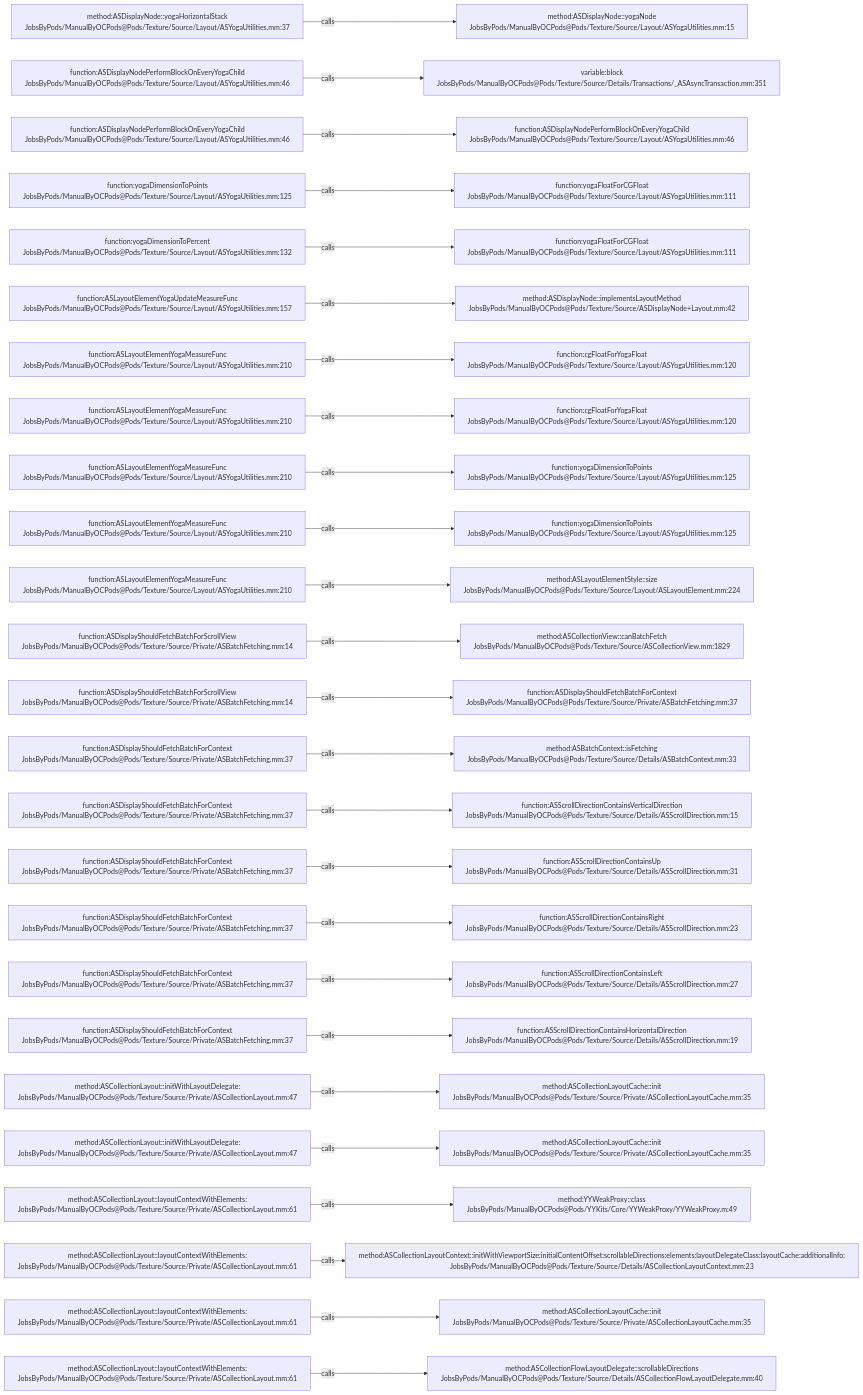
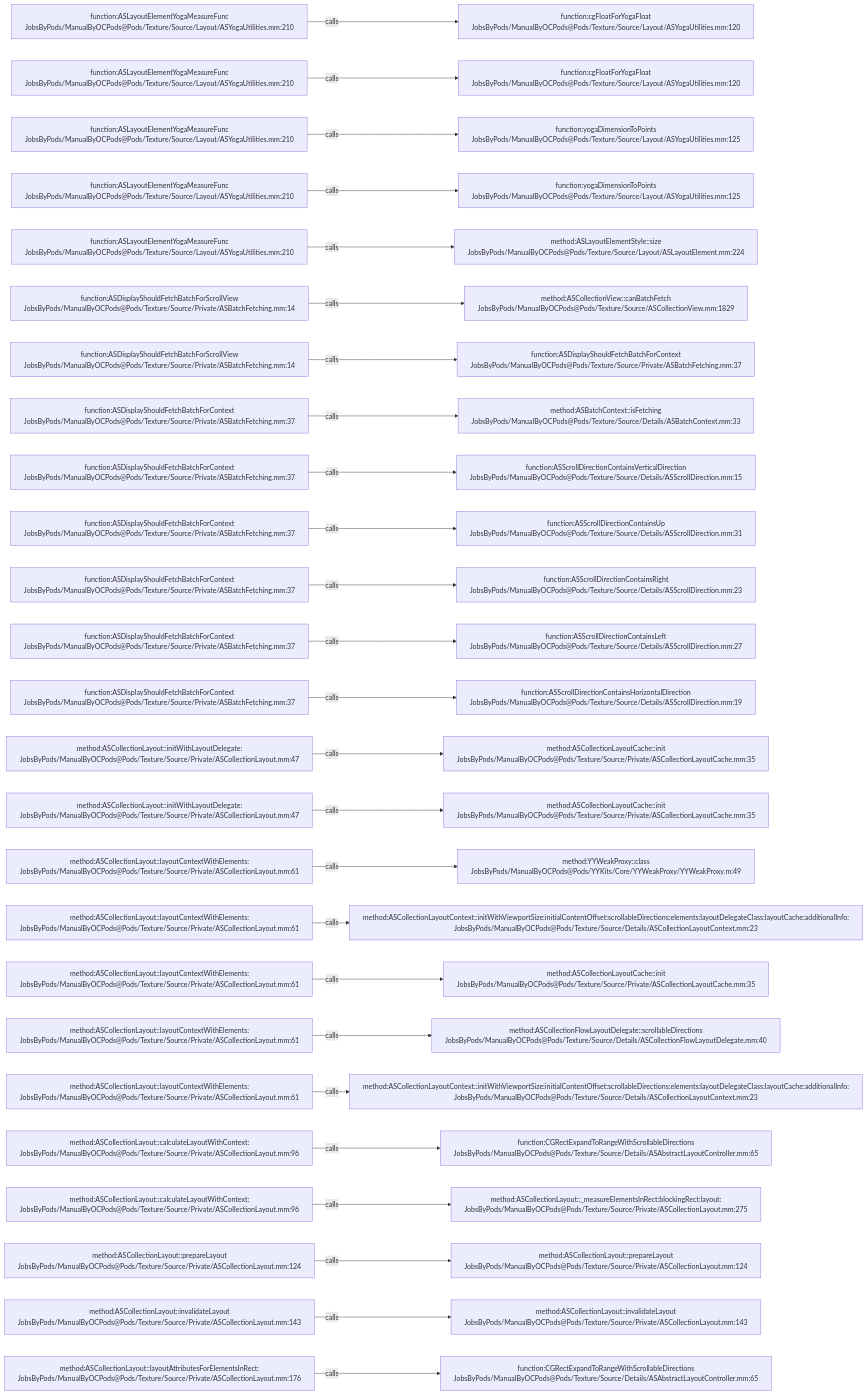
One commit to JobsKits/JobsOCBaseConfigDemo changed the diagram in .codegraph/codegraph.md/graphs/calls-176.md. Above: the diagram before and after it, drawn with Mermaid. The commit also changed 666 other files, not shown here.

````diff
--- a/.codegraph/codegraph.md/graphs/calls-176.md
+++ b/.codegraph/codegraph.md/graphs/calls-176.md
@@ -13,78 +13,78 @@
 ```mermaid
 flowchart LR
-  S1["method:ASDisplayNode::yogaHorizontalStack<br/>JobsByPods/ManualByOCPods@Pods/Texture/Source/Layout/ASYogaUtilities.mm:37"]
-  T1["method:ASDisplayNode::yogaNode<br/>JobsByPods/ManualByOCPods@Pods/Texture/Source/Layout/ASYogaUtilities.mm:15"]
+  S1["function:ASLayoutElementYogaMeasureFunc<br/>JobsByPods/ManualByOCPods@Pods/Texture/Source/Layout/ASYogaUtilities.mm:210"]
+  T1["function:cgFloatForYogaFloat<br/>JobsByPods/ManualByOCPods@Pods/Texture/Source/Layout/ASYogaUtilities.mm:120"]
   S1 -->|calls| T1
-  S2["function:ASDisplayNodePerformBlockOnEveryYogaChild<br/>JobsByPods/ManualByOCPods@Pods/Texture/Source/Layout/ASYogaUtilities.mm:46"]
-  T2["variable:block<br/>JobsByPods/ManualByOCPods@Pods/Texture/Source/Details/Transactions/_ASAsyncTransaction.mm:351"]
+  S2["function:ASLayoutElementYogaMeasureFunc<br/>JobsByPods/ManualByOCPods@Pods/Texture/Source/Layout/ASYogaUtilities.mm:210"]
+  T2["function:cgFloatForYogaFloat<br/>JobsByPods/ManualByOCPods@Pods/Texture/Source/Layout/ASYogaUtilities.mm:120"]
   S2 -->|calls| T2
-  S3["function:ASDisplayNodePerformBlockOnEveryYogaChild<br/>JobsByPods/ManualByOCPods@Pods/Texture/Source/Layout/ASYogaUtilities.mm:46"]
-  T3["function:ASDisplayNodePerformBlockOnEveryYogaChild<br/>JobsByPods/ManualByOCPods@Pods/Texture/Source/Layout/ASYogaUtilities.mm:46"]
+  S3["function:ASLayoutElementYogaMeasureFunc<br/>JobsByPods/ManualByOCPods@Pods/Texture/Source/Layout/ASYogaUtilities.mm:210"]
+  T3["function:yogaDimensionToPoints<br/>JobsByPods/ManualByOCPods@Pods/Texture/Source/Layout/ASYogaUtilities.mm:125"]
   S3 -->|calls| T3
-  S4["function:yogaDimensionToPoints<br/>JobsByPods/ManualByOCPods@Pods/Texture/Source/Layout/ASYogaUtilities.mm:125"]
-  T4["function:yogaFloatForCGFloat<br/>JobsByPods/ManualByOCPods@Pods/Texture/Source/Layout/ASYogaUtilities.mm:111"]
+  S4["function:ASLayoutElementYogaMeasureFunc<br/>JobsByPods/ManualByOCPods@Pods/Texture/Source/Layout/ASYogaUtilities.mm:210"]
+  T4["function:yogaDimensionToPoints<br/>JobsByPods/ManualByOCPods@Pods/Texture/Source/Layout/ASYogaUtilities.mm:125"]
   S4 -->|calls| T4
-  S5["function:yogaDimensionToPercent<br/>JobsByPods/ManualByOCPods@Pods/Texture/Source/Layout/ASYogaUtilities.mm:132"]
-  T5["function:yogaFloatForCGFloat<br/>JobsByPods/ManualByOCPods@Pods/Texture/Source/Layout/ASYogaUtilities.mm:111"]
+  S5["function:ASLayoutElementYogaMeasureFunc<br/>JobsByPods/ManualByOCPods@Pods/Texture/Source/Layout/ASYogaUtilities.mm:210"]
+  T5["method:ASLayoutElementStyle::size<br/>JobsByPods/ManualByOCPods@Pods/Texture/Source/Layout/ASLayoutElement.mm:224"]
   S5 -->|calls| T5
-  S6["function:ASLayoutElementYogaUpdateMeasureFunc<br/>JobsByPods/ManualByOCPods@Pods/Texture/Source/Layout/ASYogaUtilities.mm:157"]
-  T6["method:ASDisplayNode::implementsLayoutMethod<br/>JobsByPods/ManualByOCPods@Pods/Texture/Source/ASDisplayNode+Layout.mm:42"]
+  S6["function:ASDisplayShouldFetchBatchForScrollView<br/>JobsByPods/ManualByOCPods@Pods/Texture/Source/Private/ASBatchFetching.mm:14"]
+  T6["method:ASCollectionView::canBatchFetch<br/>JobsByPods/ManualByOCPods@Pods/Texture/Source/ASCollectionView.mm:1829"]
   S6 -->|calls| T6
-  S7["function:ASLayoutElementYogaMeasureFunc<br/>JobsByPods/ManualByOCPods@Pods/Texture/Source/Layout/ASYogaUtilities.mm:210"]
-  T7["function:cgFloatForYogaFloat<br/>JobsByPods/ManualByOCPods@Pods/Texture/Source/Layout/ASYogaUtilities.mm:120"]
+  S7["function:ASDisplayShouldFetchBatchForScrollView<br/>JobsByPods/ManualByOCPods@Pods/Texture/Source/Private/ASBatchFetching.mm:14"]
+  T7["function:ASDisplayShouldFetchBatchForContext<br/>JobsByPods/ManualByOCPods@Pods/Texture/Source/Private/ASBatchFetching.mm:37"]
   S7 -->|calls| T7
-  S8["function:ASLayoutElementYogaMeasureFunc<br/>JobsByPods/ManualByOCPods@Pods/Texture/Source/Layout/ASYogaUtilities.mm:210"]
-  T8["function:cgFloatForYogaFloat<br/>JobsByPods/ManualByOCPods@Pods/Texture/Source/Layout/ASYogaUtilities.mm:120"]
+  S8["function:ASDisplayShouldFetchBatchForContext<br/>JobsByPods/ManualByOCPods@Pods/Texture/Source/Private/ASBatchFetching.mm:37"]
+  T8["method:ASBatchContext::isFetching<br/>JobsByPods/ManualByOCPods@Pods/Texture/Source/Details/ASBatchContext.mm:33"]
   S8 -->|calls| T8
-  S9["function:ASLayoutElementYogaMeasureFunc<br/>JobsByPods/ManualByOCPods@Pods/Texture/Source/Layout/ASYogaUtilities.mm:210"]
-  T9["function:yogaDimensionToPoints<br/>JobsByPods/ManualByOCPods@Pods/Texture/Source/Layout/ASYogaUtilities.mm:125"]
+  S9["function:ASDisplayShouldFetchBatchForContext<br/>JobsByPods/ManualByOCPods@Pods/Texture/Source/Private/ASBatchFetching.mm:37"]
+  T9["function:ASScrollDirectionContainsVerticalDirection<br/>JobsByPods/ManualByOCPods@Pods/Texture/Source/Details/ASScrollDirection.mm:15"]
   S9 -->|calls| T9
-  S10["function:ASLayoutElementYogaMeasureFunc<br/>JobsByPods/ManualByOCPods@Pods/Texture/Source/Layout/ASYogaUtilities.mm:210"]
-  T10["function:yogaDimensionToPoints<br/>JobsByPods/ManualByOCPods@Pods/Texture/Source/Layout/ASYogaUtilities.mm:125"]
+  S10["function:ASDisplayShouldFetchBatchForContext<br/>JobsByPods/ManualByOCPods@Pods/Texture/Source/Private/ASBatchFetching.mm:37"]
+  T10["function:ASScrollDirectionContainsUp<br/>JobsByPods/ManualByOCPods@Pods/Texture/Source/Details/ASScrollDirection.mm:31"]
   S10 -->|calls| T10
-  S11["function:ASLayoutElementYogaMeasureFunc<br/>JobsByPods/ManualByOCPods@Pods/Texture/Source/Layout/ASYogaUtilities.mm:210"]
-  T11["method:ASLayoutElementStyle::size<br/>JobsByPods/ManualByOCPods@Pods/Texture/Source/Layout/ASLayoutElement.mm:224"]
+  S11["function:ASDisplayShouldFetchBatchForContext<br/>JobsByPods/ManualByOCPods@Pods/Texture/Source/Private/ASBatchFetching.mm:37"]
+  T11["function:ASScrollDirectionContainsRight<br/>JobsByPods/ManualByOCPods@Pods/Texture/Source/Details/ASScrollDirection.mm:23"]
   S11 -->|calls| T11
-  S12["function:ASDisplayShouldFetchBatchForScrollView<br/>JobsByPods/ManualByOCPods@Pods/Texture/Source/Private/ASBatchFetching.mm:14"]
-  T12["method:ASCollectionView::canBatchFetch<br/>JobsByPods/ManualByOCPods@Pods/Texture/Source/ASCollectionView.mm:1829"]
+  S12["function:ASDisplayShouldFetchBatchForContext<br/>JobsByPods/ManualByOCPods@Pods/Texture/Source/Private/ASBatchFetching.mm:37"]
+  T12["function:ASScrollDirectionContainsLeft<br/>JobsByPods/ManualByOCPods@Pods/Texture/Source/Details/ASScrollDirection.mm:27"]
   S12 -->|calls| T12
-  S13["function:ASDisplayShouldFetchBatchForScrollView<br/>JobsByPods/ManualByOCPods@Pods/Texture/Source/Private/ASBatchFetching.mm:14"]
-  T13["function:ASDisplayShouldFetchBatchForContext<br/>JobsByPods/ManualByOCPods@Pods/Texture/Source/Private/ASBatchFetching.mm:37"]
+  S13["function:ASDisplayShouldFetchBatchForContext<br/>JobsByPods/ManualByOCPods@Pods/Texture/Source/Private/ASBatchFetching.mm:37"]
+  T13["function:ASScrollDirectionContainsHorizontalDirection<br/>JobsByPods/ManualByOCPods@Pods/Texture/Source/Details/ASScrollDirection.mm:19"]
   S13 -->|calls| T13
-  S14["function:ASDisplayShouldFetchBatchForContext<br/>JobsByPods/ManualByOCPods@Pods/Texture/Source/Private/ASBatchFetching.mm:37"]
-  T14["method:ASBatchContext::isFetching<br/>JobsByPods/ManualByOCPods@Pods/Texture/Source/Details/ASBatchContext.mm:33"]
+  S14["method:ASCollectionLayout::initWithLayoutDelegate:<br/>JobsByPods/ManualByOCPods@Pods/Texture/Source/Private/ASCollectionLayout.mm:47"]
+  T14["method:ASCollectionLayoutCache::init<br/>JobsByPods/ManualByOCPods@Pods/Texture/Source/Private/ASCollectionLayoutCache.mm:35"]
   S14 -->|calls| T14
-  S15["function:ASDisplayShouldFetchBatchForContext<br/>JobsByPods/ManualByOCPods@Pods/Texture/Source/Private/ASBatchFetching.mm:37"]
-  T15["function:ASScrollDirectionContainsVerticalDirection<br/>JobsByPods/ManualByOCPods@Pods/Texture/Source/Details/ASScrollDirection.mm:15"]
+  S15["method:ASCollectionLayout::initWithLayoutDelegate:<br/>JobsByPods/ManualByOCPods@Pods/Texture/Source/Private/ASCollectionLayout.mm:47"]
+  T15["method:ASCollectionLayoutCache::init<br/>JobsByPods/ManualByOCPods@Pods/Texture/Source/Private/ASCollectionLayoutCache.mm:35"]
   S15 -->|calls| T15
-  S16["function:ASDisplayShouldFetchBatchForContext<br/>JobsByPods/ManualByOCPods@Pods/Texture/Source/Private/ASBatchFetching.mm:37"]
-  T16["function:ASScrollDirectionContainsUp<br/>JobsByPods/ManualByOCPods@Pods/Texture/Source/Details/ASScrollDirection.mm:31"]
+  S16["method:ASCollectionLayout::layoutContextWithElements:<br/>JobsByPods/ManualByOCPods@Pods/Texture/Source/Private/ASCollectionLayout.mm:61"]
+  T16["method:YYWeakProxy::class<br/>JobsByPods/ManualByOCPods@Pods/YYKits/Core/YYWeakProxy/YYWeakProxy.m:49"]
   S16 -->|calls| T16
-  S17["function:ASDisplayShouldFetchBatchForContext<br/>JobsByPods/ManualByOCPods@Pods/Texture/Source/Private/ASBatchFetching.mm:37"]
-  T17["function:ASScrollDirectionContainsRight<br/>JobsByPods/ManualByOCPods@Pods/Texture/Source/Details/ASScrollDirection.mm:23"]
+  S17["method:ASCollectionLayout::layoutContextWithElements:<br/>JobsByPods/ManualByOCPods@Pods/Texture/Source/Private/ASCollectionLayout.mm:61"]
+  T17["method:ASCollectionLayoutContext::initWithViewportSize:initialContentOffset:scrollableDirections:elements:layoutDelegateClass:layoutCache:additionalInfo:<br/>JobsByPods/ManualByOCPods@Pods/Texture/Source/Details/ASCollectionLayoutContext.mm:23"]
   S17 -->|calls| T17
-  S18["function:ASDisplayShouldFetchBatchForContext<br/>JobsByPods/ManualByOCPods@Pods/Texture/Source/Private/ASBatchFetching.mm:37"]
-  T18["function:ASScrollDirectionContainsLeft<br/>JobsByPods/ManualByOCPods@Pods/Texture/Source/Details/ASScrollDirection.mm:27"]
+  S18["method:ASCollectionLayout::layoutContextWithElements:<br/>JobsByPods/ManualByOCPods@Pods/Texture/Source/Private/ASCollectionLayout.mm:61"]
+  T18["method:ASCollectionLayoutCache::init<br/>JobsByPods/ManualByOCPods@Pods/Texture/Source/Private/ASCollectionLayoutCache.mm:35"]
   S18 -->|calls| T18
-  S19["function:ASDisplayShouldFetchBatchForContext<br/>JobsByPods/ManualByOCPods@Pods/Texture/Source/Private/ASBatchFetching.mm:37"]
-  T19["function:ASScrollDirectionContainsHorizontalDirection<br/>JobsByPods/ManualByOCPods@Pods/Texture/Source/Details/ASScrollDirection.mm:19"]
+  S19["method:ASCollectionLayout::layoutContextWithElements:<br/>JobsByPods/ManualByOCPods@Pods/Texture/Source/Private/ASCollectionLayout.mm:61"]
+  T19["method:ASCollectionFlowLayoutDelegate::scrollableDirections<br/>JobsByPods/ManualByOCPods@Pods/Texture/Source/Details/ASCollectionFlowLayoutDelegate.mm:40"]
   S19 -->|calls| T19
-  S20["method:ASCollectionLayout::initWithLayoutDelegate:<br/>JobsByPods/ManualByOCPods@Pods/Texture/Source/Private/ASCollectionLayout.mm:47"]
-  T20["method:ASCollectionLayoutCache::init<br/>JobsByPods/ManualByOCPods@Pods/Texture/Source/Private/ASCollectionLayoutCache.mm:35"]
+  S20["method:ASCollectionLayout::layoutContextWithElements:<br/>JobsByPods/ManualByOCPods@Pods/Texture/Source/Private/ASCollectionLayout.mm:61"]
+  T20["method:ASCollectionLayoutContext::initWithViewportSize:initialContentOffset:scrollableDirections:elements:layoutDelegateClass:layoutCache:additionalInfo:<br/>JobsByPods/ManualByOCPods@Pods/Texture/Source/Details/ASCollectionLayoutContext.mm:23"]
   S20 -->|calls| T20
-  S21["method:ASCollectionLayout::initWithLayoutDelegate:<br/>JobsByPods/ManualByOCPods@Pods/Texture/Source/Private/ASCollectionLayout.mm:47"]
-  T21["method:ASCollectionLayoutCache::init<br/>JobsByPods/ManualByOCPods@Pods/Texture/Source/Private/ASCollectionLayoutCache.mm:35"]
+  S21["method:ASCollectionLayout::calculateLayoutWithContext:<br/>JobsByPods/ManualByOCPods@Pods/Texture/Source/Private/ASCollectionLayout.mm:96"]
+  T21["function:CGRectExpandToRangeWithScrollableDirections<br/>JobsByPods/ManualByOCPods@Pods/Texture/Source/Details/ASAbstractLayoutController.mm:65"]
   S21 -->|calls| T21
-  S22["method:ASCollectionLayout::layoutContextWithElements:<br/>JobsByPods/ManualByOCPods@Pods/Texture/Source/Private/ASCollectionLayout.mm:61"]
-  T22["method:YYWeakProxy::class<br/>JobsByPods/ManualByOCPods@Pods/YYKits/Core/YYWeakProxy/YYWeakProxy.m:49"]
+  S22["method:ASCollectionLayout::calculateLayoutWithContext:<br/>JobsByPods/ManualByOCPods@Pods/Texture/Source/Private/ASCollectionLayout.mm:96"]
+  T22["method:ASCollectionLayout::_measureElementsInRect:blockingRect:layout:<br/>JobsByPods/ManualByOCPods@Pods/Texture/Source/Private/ASCollectionLayout.mm:275"]
   S22 -->|calls| T22
-  S23["method:ASCollectionLayout::layoutContextWithElements:<br/>JobsByPods/ManualByOCPods@Pods/Texture/Source/Private/ASCollectionLayout.mm:61"]
-  T23["method:ASCollectionLayoutContext::initWithViewportSize:initialContentOffset:scrollableDirections:elements:layoutDelegateClass:layoutCache:additionalInfo:<br/>JobsByPods/ManualByOCPods@Pods/Texture/Source/Details/ASCollectionLayoutContext.mm:23"]
+  S23["method:ASCollectionLayout::prepareLayout<br/>JobsByPods/ManualByOCPods@Pods/Texture/Source/Private/ASCollectionLayout.mm:124"]
+  T23["method:ASCollectionLayout::prepareLayout<br/>JobsByPods/ManualByOCPods@Pods/Texture/Source/Private/ASCollectionLayout.mm:124"]
   S23 -->|calls| T23
-  S24["method:ASCollectionLayout::layoutContextWithElements:<br/>JobsByPods/ManualByOCPods@Pods/Texture/Source/Private/ASCollectionLayout.mm:61"]
-  T24["method:ASCollectionLayoutCache::init<br/>JobsByPods/ManualByOCPods@Pods/Texture/Source/Private/ASCollectionLayoutCache.mm:35"]
+  S24["method:ASCollectionLayout::invalidateLayout<br/>JobsByPods/ManualByOCPods@Pods/Texture/Source/Private/ASCollectionLayout.mm:143"]
+  T24["method:ASCollectionLayout::invalidateLayout<br/>JobsByPods/ManualByOCPods@Pods/Texture/Source/Private/ASCollectionLayout.mm:143"]
   S24 -->|calls| T24
-  S25["method:ASCollectionLayout::layoutContextWithElements:<br/>JobsByPods/ManualByOCPods@Pods/Texture/Source/Private/ASCollectionLayout.mm:61"]
-  T25["method:ASCollectionFlowLayoutDelegate::scrollableDirections<br/>JobsByPods/ManualByOCPods@Pods/Texture/Source/Details/ASCollectionFlowLayoutDelegate.mm:40"]
+  S25["method:ASCollectionLayout::layoutAttributesForElementsInRect:<br/>JobsByPods/ManualByOCPods@Pods/Texture/Source/Private/ASCollectionLayout.mm:176"]
+  T25["function:CGRectExpandToRangeWithScrollableDirections<br/>JobsByPods/ManualByOCPods@Pods/Texture/Source/Details/ASAbstractLayoutController.mm:65"]
   S25 -->|calls| T25
 ```
````
